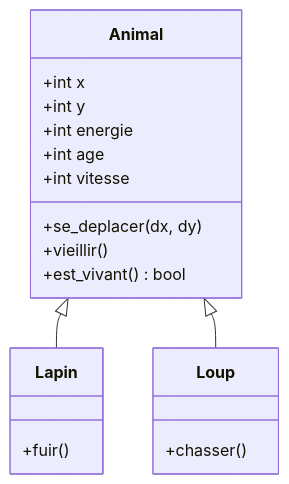
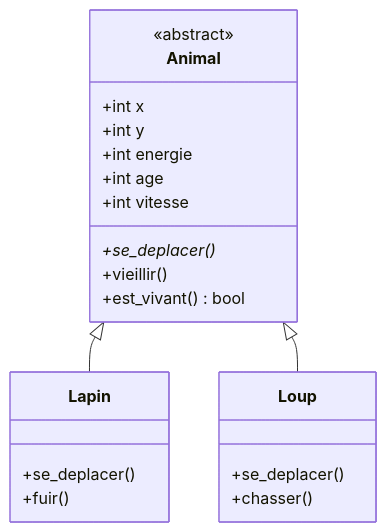
The second of 2 diagrams in traduction-rapport.md (hmty-CHEN/POO-TP1), drawn with Mermaid before and after one commit. The commit also changed other lines of this file and 5 other files, not shown here.

````diff
--- a/traduction-rapport.md
+++ b/traduction-rapport.md
@@ -56,17 +58,24 @@
 ```mermaid
 classDiagram
     class Animal {
+        <<abstract>>
         +int x
         +int y
         +int energie
         +int age
         +int vitesse
-        +se_deplacer(dx, dy)
+        +se_deplacer()*
         +vieillir()
         +est_vivant() bool
     }
-    class Lapin { +fuir() }
-    class Loup { +chasser() }
+    class Lapin {
+        +se_deplacer()
+        +fuir()
+    }
+    class Loup {
+        +se_deplacer()
+        +chasser()
+    }
     Animal <|-- Lapin
     Animal <|-- Loup
 ```
````
